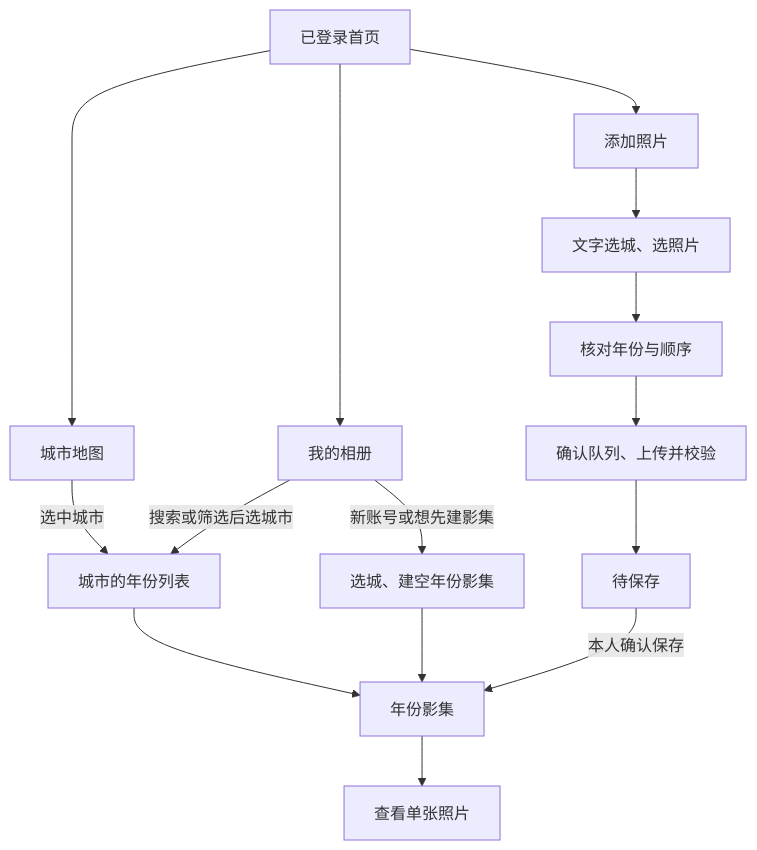
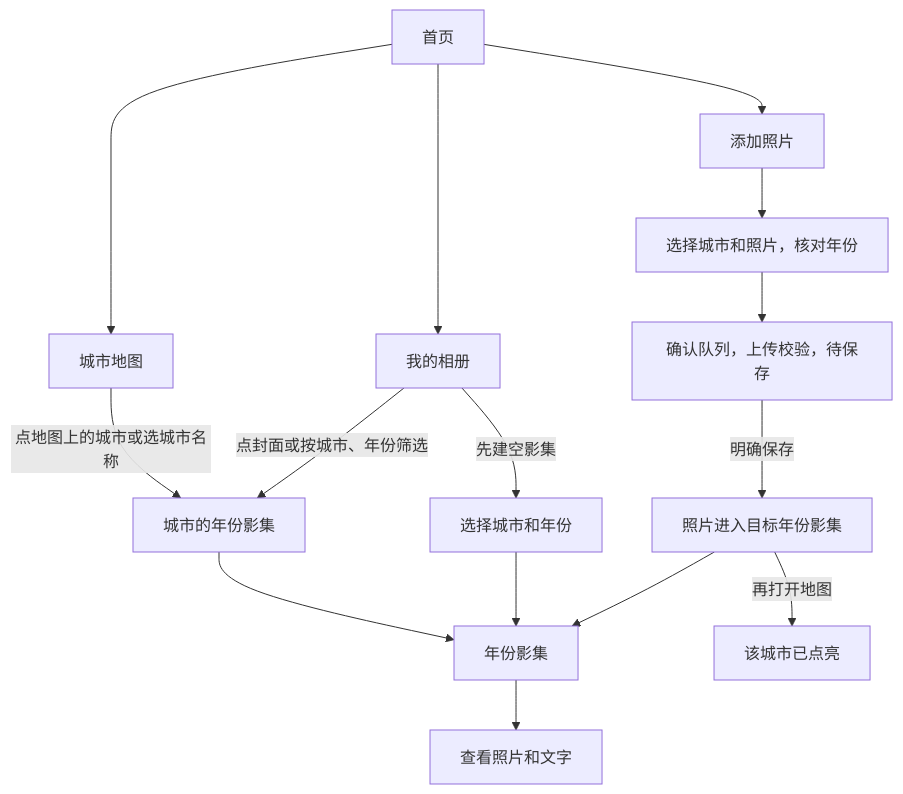
One commit to Staid-hhq/city-memories changed the diagram in docs/refactor/user-flows-and-prototype.md. Above: the diagram before and after it, drawn with Mermaid. The commit also changed other lines of this file and 18 other files, not shown here.

Commit message:
design: 重做三入口首页与按城市点亮的地图原型

````diff
--- a/docs/refactor/user-flows-and-prototype.md
+++ b/docs/refactor/user-flows-and-prototype.md
@@ -35,17 +30,17 @@
 ```mermaid
 flowchart TD
-    home[已登录首页] --> map[城市地图]
+    home[首页] --> map[城市地图]
     home --> library[我的相册]
     home --> add[添加照片]
-    map -->|选中城市| city[城市的年份列表]
-    library -->|搜索或筛选后选城市| city
+    map -->|点地图上的城市或选城市名称| city[城市的年份影集]
+    library -->|点封面或按城市、年份筛选| city
     city --> year[年份影集]
-    year --> photo[查看单张照片]
-    add --> pick[文字选城、选照片]
-    pick --> check[核对年份与顺序]
-    check --> upload[确认队列、上传并校验]
-    upload --> pending[待保存]
-    pending -->|本人确认保存| year
-    library -->|新账号或想先建影集| empty[选城、建空年份影集]
+    year --> photo[查看照片和文字]
+    library -->|先建空影集| empty[选择城市和年份]
     empty --> year
+    add --> review[选择城市和照片，核对年份]
+    review --> pending[确认队列，上传校验，待保存]
+    pending -->|明确保存| saved[照片进入目标年份影集]
+    saved --> year
+    saved -->|再打开地图| lit[该城市已点亮]
 ```
````
